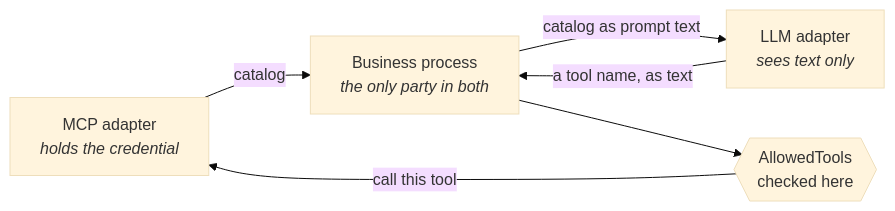
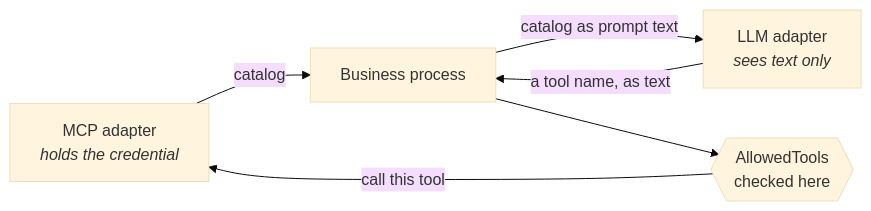
The second of 2 diagrams in README.md (dfrancoisc/Agentic-Adapter-in-Execution-Time), drawn with Mermaid (base theme) before and after one commit. The commit also changed other lines of this file and 1 other file, not shown here.

````diff
--- a/README.md
+++ b/README.md
@@ -377,13 +434,13 @@
 ```mermaid
 flowchart LR
   MCPA["MCP adapter<br/><i>holds the credential</i>"]
-  BP["Business process<br/><i>the only party in both</i>"]
+  BP["Business process"]
   LLMA["LLM adapter<br/><i>sees text only</i>"]
   GATE{{"AllowedTools<br/>checked here"}}
 
   MCPA -->|catalog| BP
   BP -->|catalog as prompt text| LLMA
   LLMA -->|a tool name, as text| BP
   BP --> GATE
   GATE -->|call this tool| MCPA
 ```
````
